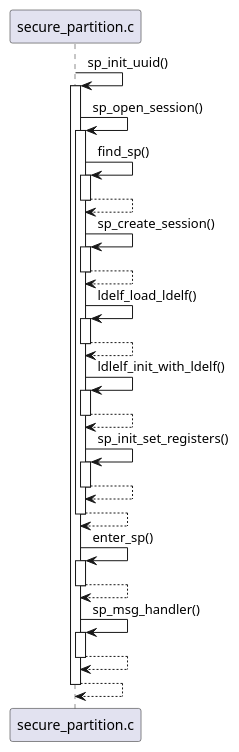
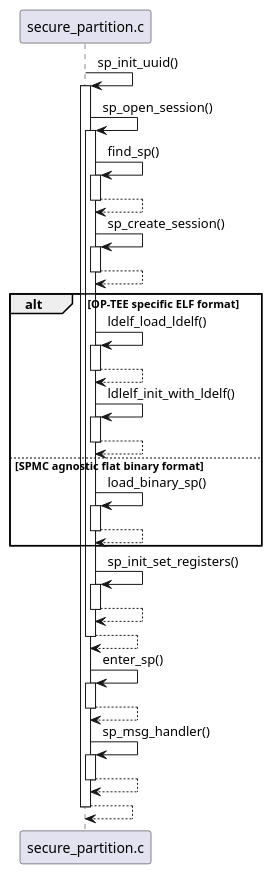
The second of 3 diagrams in architecture/spmc.rst (OP-TEE/optee_docs), drawn with PlantUML before and after one commit. The commit also changed other lines of this file, not shown here.

First line of the commit message:
architecture: spmc: document raw binary format SPs

```diff
--- a/architecture/spmc.rst
+++ b/architecture/spmc.rst
@@ -98,21 +126,26 @@
 .. uml::
 
         autoactivate on
         secure_partition.c -> secure_partition.c:	sp_init_uuid()
         secure_partition.c -> secure_partition.c:	sp_open_session()
         secure_partition.c -> secure_partition.c:	find_sp()
         return
         secure_partition.c -> secure_partition.c:	sp_create_session()
         return
-        secure_partition.c -> secure_partition.c:	ldelf_load_ldelf()
-        return
-        secure_partition.c -> secure_partition.c:	ldlelf_init_with_ldelf()
-        return
+        alt OP-TEE specific ELF format
+                secure_partition.c -> secure_partition.c:ldelf_load_ldelf()
+                return
+                secure_partition.c -> secure_partition.c:ldlelf_init_with_ldelf()
+                return
+        else SPMC agnostic flat binary format
+                secure_partition.c -> secure_partition.c:load_binary_sp()
+                return
+        end
         secure_partition.c -> secure_partition.c:	sp_init_set_registers()
         return
         return
         secure_partition.c -> secure_partition.c:	enter_sp()
         return
         secure_partition.c -> secure_partition.c:	sp_msg_handler()
         return
         return
```
